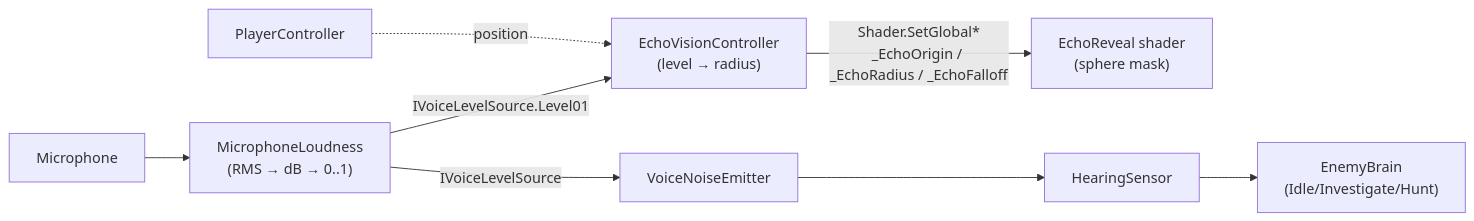
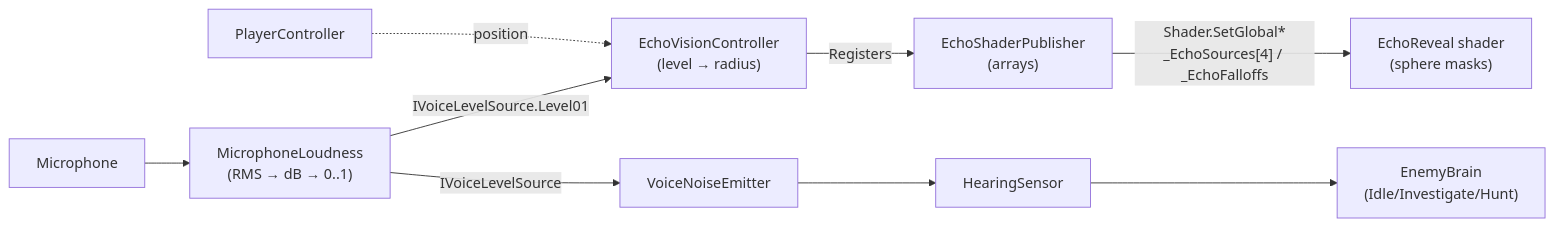
One commit to DanDavD/EchoGame changed the diagram in docs/ARCHITECTURE.md. Above: the diagram before and after it, drawn with Mermaid. The commit also changed other lines of this file and 22 other files, not shown here.

````diff
--- a/docs/ARCHITECTURE.md
+++ b/docs/ARCHITECTURE.md
@@ -8,8 +8,9 @@
 ```mermaid
 flowchart LR
     Mic["Microphone"] --> ML["MicrophoneLoudness<br/>(RMS → dB → 0..1)"]
     ML -- "IVoiceLevelSource.Level01" --> EV["EchoVisionController<br/>(level → radius)"]
-    EV -- "Shader.SetGlobal*<br/>_EchoOrigin / _EchoRadius / _EchoFalloff" --> SH["EchoReveal shader<br/>(sphere mask)"]
+    EV -- "Registers" --> ESP["EchoShaderPublisher<br/>(arrays)"]
+    ESP -- "Shader.SetGlobal*<br/>_EchoSources[4] / _EchoFalloffs" --> SH["EchoReveal shader<br/>(sphere masks)"]
     ML -- "IVoiceLevelSource" --> VNE["VoiceNoiseEmitter"] --> HS["HearingSensor"] --> AI["EnemyBrain<br/>(Idle/Investigate/Hunt)"]
     PC["PlayerController"] -. "position" .-> EV
 ```
````
